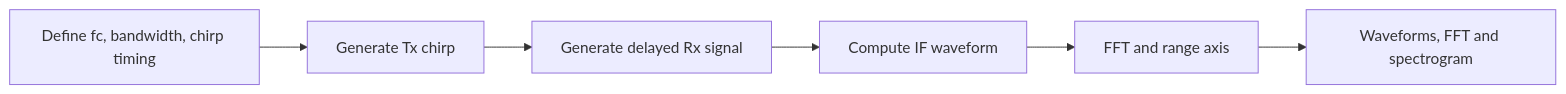
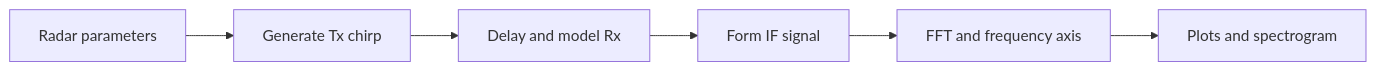
Before and after one commit to sahasimanta/contactless-vital-sign-monitoring-fmcw-radar-CVSMS-: the diagram in docs/06-matlab-analysis.md, drawn with Mermaid. The commit also changed other lines of this file and 24 other files, not shown here.

````diff
--- a/docs/06-matlab-analysis.md
+++ b/docs/06-matlab-analysis.md
@@ -14,8 +28,8 @@
 ```mermaid
 flowchart LR
-P[Define fc, bandwidth, chirp timing] --> T[Generate Tx chirp]
-T --> R[Generate delayed Rx signal]
-R --> I[Compute IF waveform]
-I --> F[FFT and range axis]
-F --> V[Waveforms, FFT and spectrogram]
+    P[Radar parameters] --> TX[Generate Tx chirp]
+    TX --> RX[Delay and model Rx]
+    RX --> IF[Form IF signal]
+    IF --> FFT[FFT and frequency axis]
+    FFT --> Plot[Plots and spectrogram]
 ```
````
